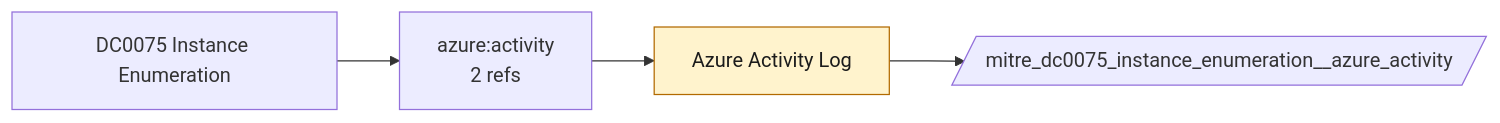
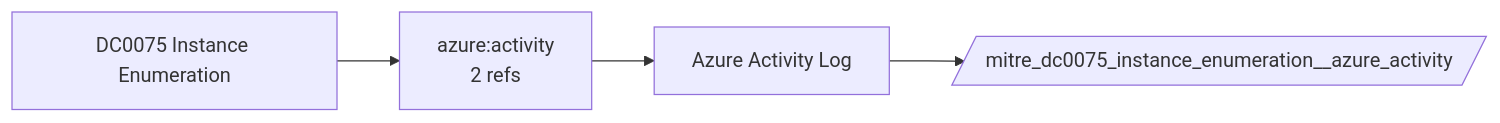
The diagram in docs/data-components/DC0075-instance-enumeration.md (dev-nobytes-io/mitre-defensive-mappings-spl), drawn with Mermaid before and after one commit. The commit also changed other lines of this file and 366 other files, not shown here.

````diff
--- a/docs/data-components/DC0075-instance-enumeration.md
+++ b/docs/data-components/DC0075-instance-enumeration.md
@@ -17,11 +17,8 @@
 ```mermaid
 flowchart LR
   DC["DC0075 Instance Enumeration"]
   DC --> LS0["azure:activity<br/>2 refs"]
   F_azure_activity["Azure Activity Log"]
   LS0 --> F_azure_activity
   F_azure_activity --> ET_azure_activity[/"mitre_dc0075_instance_enumeration__azure_activity"/]
-  class F_azure_activity ready
-  classDef live fill:#d4edda,stroke:#2e7d32,color:#1b1b1b
-  classDef ready fill:#fff3cd,stroke:#b26a00,color:#1b1b1b
 ```
````
